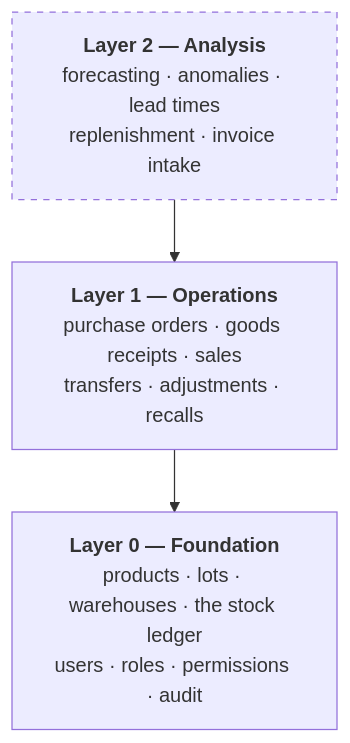
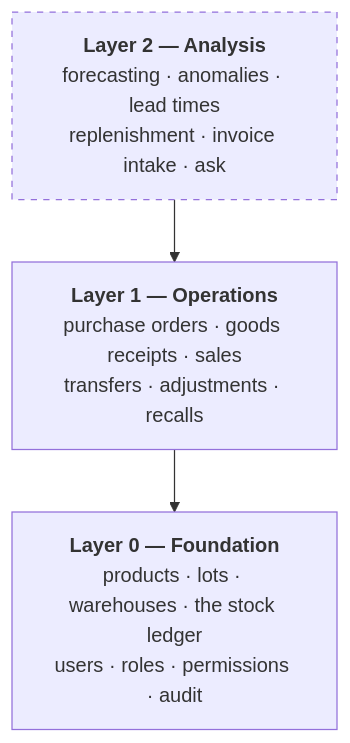
The second of 7 diagrams in docs/ARCHITECTURE.md (Sadhna2/pharmacy_inventory_managment_system), drawn with Mermaid before and after one commit. The commit also changed other lines of this file and 13 other files, not shown here.

````diff
--- a/docs/ARCHITECTURE.md
+++ b/docs/ARCHITECTURE.md
@@ -63,10 +63,10 @@
 ```mermaid
 flowchart TB
-    L2["<b>Layer 2 — Analysis</b><br/>forecasting · anomalies · lead times<br/>replenishment · invoice intake"]
+    L2["<b>Layer 2 — Analysis</b><br/>forecasting · anomalies · lead times<br/>replenishment · invoice intake · ask"]
     L1["<b>Layer 1 — Operations</b><br/>purchase orders · goods receipts · sales<br/>transfers · adjustments · recalls"]
     L0["<b>Layer 0 — Foundation</b><br/>products · lots · warehouses · the stock ledger<br/>users · roles · permissions · audit"]
 
     L2 --> L1 --> L0
 
     style L2 stroke-dasharray: 5 5
 ```
````
